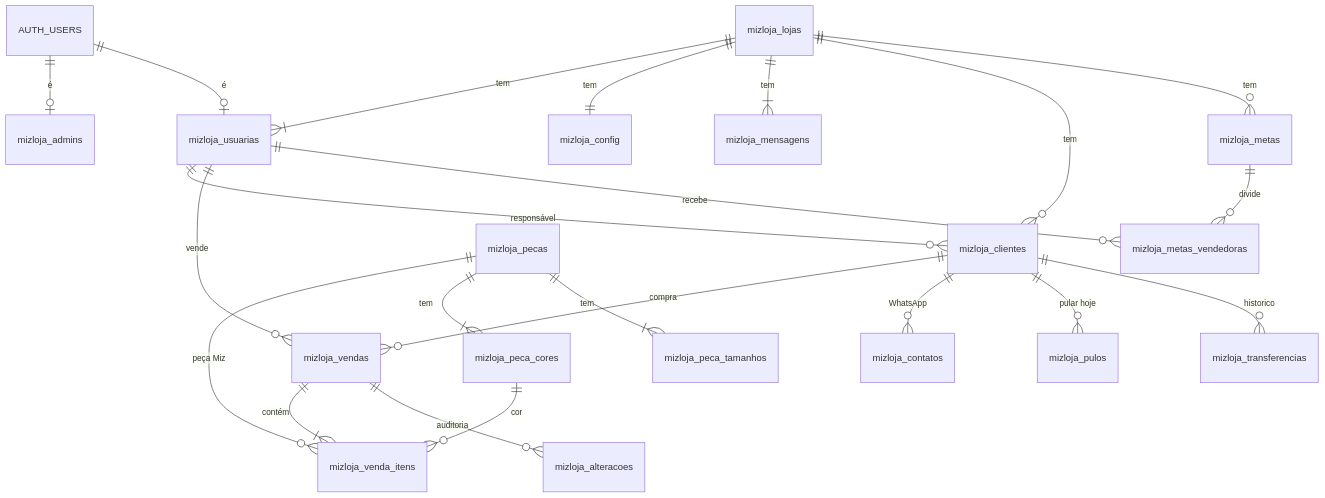
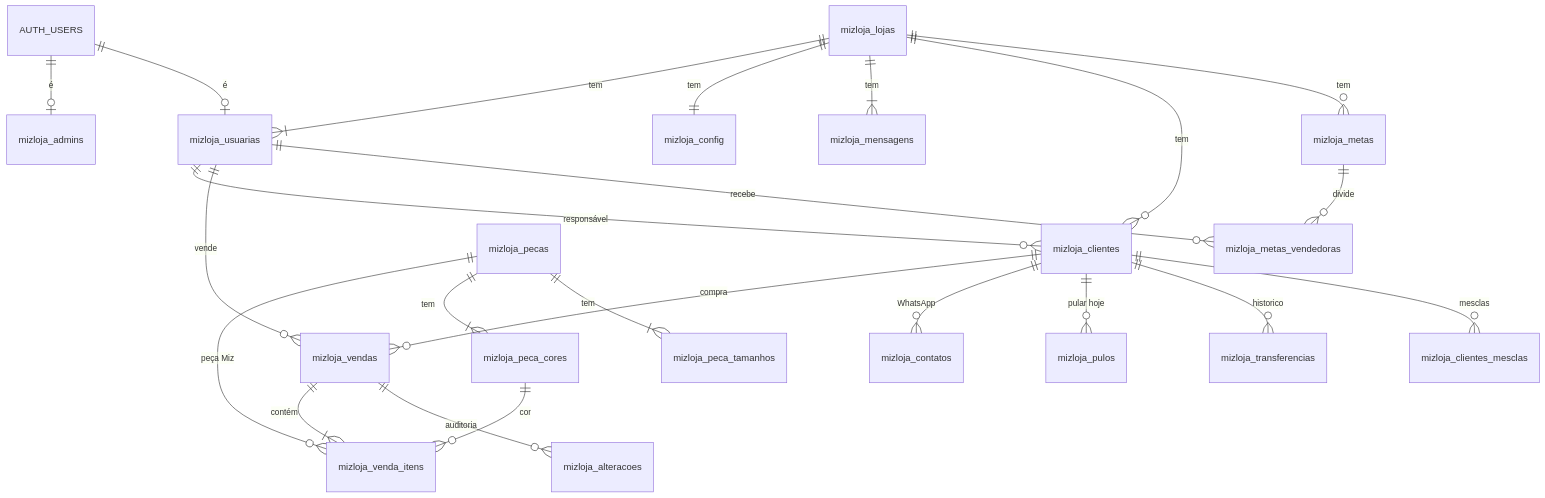
One commit to usemizdevelopers/comercial-miz changed the diagram in docs/BANCO.md. Above: the diagram before and after it, drawn with Mermaid. The commit also changed other lines of this file and 6 other files, not shown here.

````diff
--- a/docs/BANCO.md
+++ b/docs/BANCO.md
@@ -19,24 +19,25 @@
 ```mermaid
 erDiagram
   AUTH_USERS ||--o| mizloja_admins : "é"
   AUTH_USERS ||--o| mizloja_usuarias : "é"
   mizloja_lojas ||--|{ mizloja_usuarias : tem
   mizloja_lojas ||--|| mizloja_config : tem
   mizloja_lojas ||--|{ mizloja_mensagens : tem
   mizloja_lojas ||--o{ mizloja_clientes : tem
   mizloja_usuarias ||--o{ mizloja_clientes : "responsável"
   mizloja_clientes ||--o{ mizloja_vendas : compra
   mizloja_usuarias ||--o{ mizloja_vendas : vende
   mizloja_vendas ||--|{ mizloja_venda_itens : contém
   mizloja_pecas ||--o{ mizloja_venda_itens : "peça Miz"
   mizloja_peca_cores ||--o{ mizloja_venda_itens : "cor"
   mizloja_pecas ||--|{ mizloja_peca_cores : tem
   mizloja_pecas ||--|{ mizloja_peca_tamanhos : tem
   mizloja_lojas ||--o{ mizloja_metas : tem
   mizloja_metas ||--o{ mizloja_metas_vendedoras : divide
   mizloja_usuarias ||--o{ mizloja_metas_vendedoras : recebe
   mizloja_clientes ||--o{ mizloja_contatos : "WhatsApp"
   mizloja_clientes ||--o{ mizloja_pulos : "pular hoje"
   mizloja_clientes ||--o{ mizloja_transferencias : historico
   mizloja_vendas ||--o{ mizloja_alteracoes : auditoria
+  mizloja_clientes ||--o{ mizloja_clientes_mesclas : "mesclas"
 ```
````
